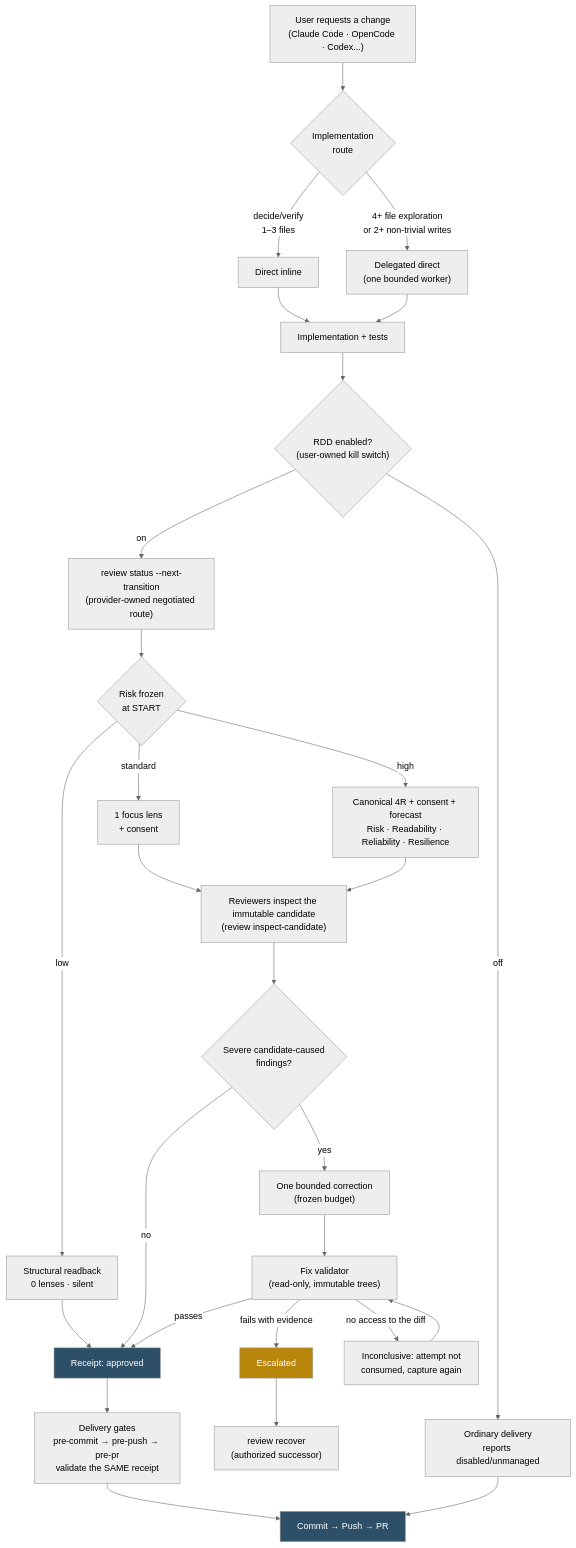
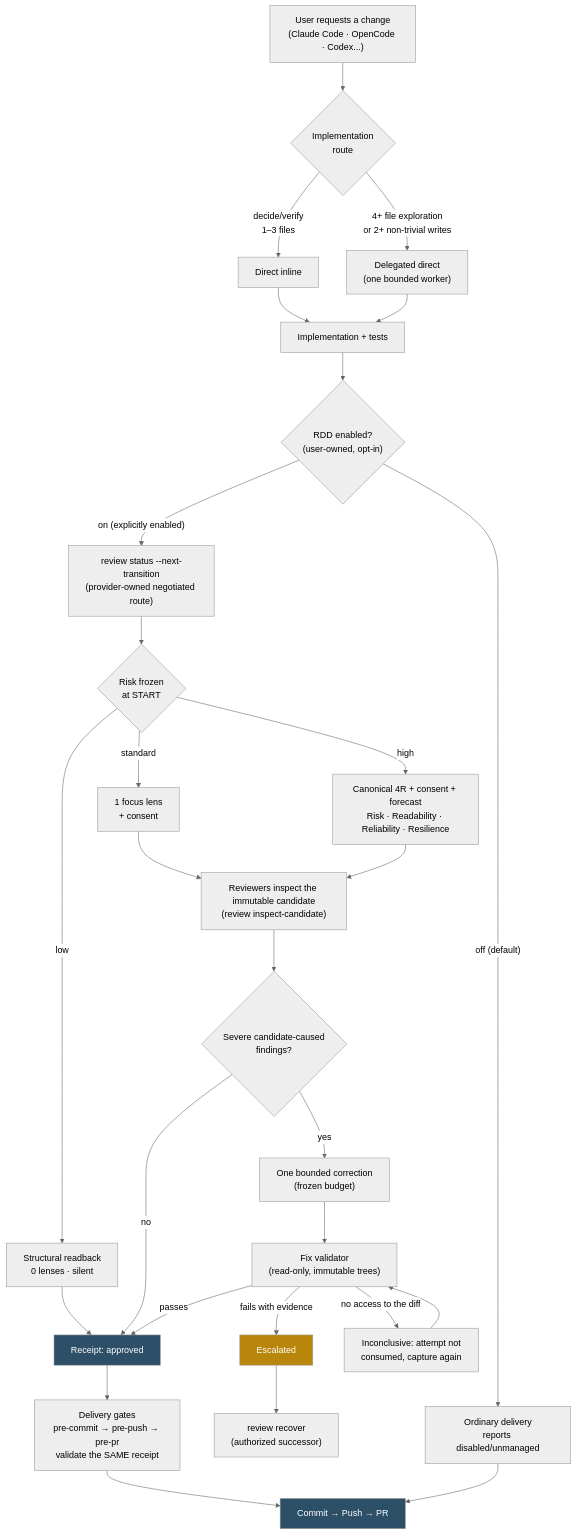
The first of 2 diagrams in README.md (0xErwin1/gentle-ai), drawn with Mermaid (neutral theme) before and after one commit. The commit also changed other lines of this file and 145 other files, not shown here.

````diff
--- a/README.md
+++ b/README.md
@@ -222,34 +222,34 @@
 ```mermaid
 flowchart TD
     A["User requests a change<br/>(Claude Code · OpenCode · Codex...)"] --> B{"Implementation<br/>route"}
     B -->|"decide/verify<br/>1–3 files"| C["Direct inline"]
     B -->|"4+ file exploration<br/>or 2+ non-trivial writes"| D["Delegated direct<br/>(one bounded worker)"]
     C --> E["Implementation + tests"]
     D --> E
-    E --> F{"RDD enabled?<br/>(user-owned kill switch)"}
-    F -->|"off"| Z["Ordinary delivery<br/>reports disabled/unmanaged"]
-    F -->|"on"| G["review status --next-transition<br/>(provider-owned negotiated route)"]
+    E --> F{"RDD enabled?<br/>(user-owned, opt-in)"}
+    F -->|"off (default)"| Z["Ordinary delivery<br/>reports disabled/unmanaged"]
+    F -->|"on (explicitly enabled)"| G["review status --next-transition<br/>(provider-owned negotiated route)"]
     G --> H{"Risk frozen<br/>at START"}
     H -->|"low"| I["Structural readback<br/>0 lenses · silent"]
     H -->|"standard"| J["1 focus lens<br/>+ consent"]
     H -->|"high"| K["Canonical 4R + consent + forecast<br/>Risk · Readability · Reliability · Resilience"]
     J --> L["Reviewers inspect the immutable candidate<br/>(review inspect-candidate)"]
     K --> L
     L --> M{"Severe candidate-caused<br/>findings?"}
     I --> N["Receipt: approved"]
     M -->|"no"| N
     M -->|"yes"| O["One bounded correction<br/>(frozen budget)"]
     O --> P["Fix validator<br/>(read-only, immutable trees)"]
     P -->|"passes"| N
     P -->|"fails with evidence"| Q["Escalated"]
     P -->|"no access to the diff"| R["Inconclusive: attempt not<br/>consumed, capture again"]
     R --> P
     Q --> S["review recover<br/>(authorized successor)"]
     N --> T["Delivery gates<br/>pre-commit → pre-push → pre-pr<br/>validate the SAME receipt"]
     T --> U["Commit → Push → PR"]
     Z --> U
 
     style N fill:#2D4F67,color:#fff
     style Q fill:#B8860B,color:#fff
     style U fill:#2D4F67,color:#fff
 ```
````
